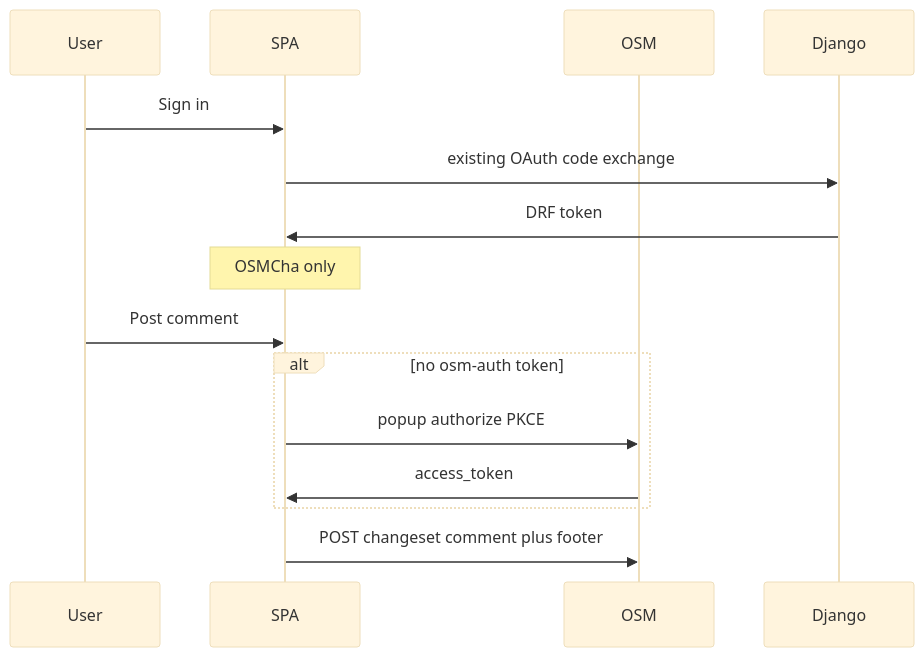
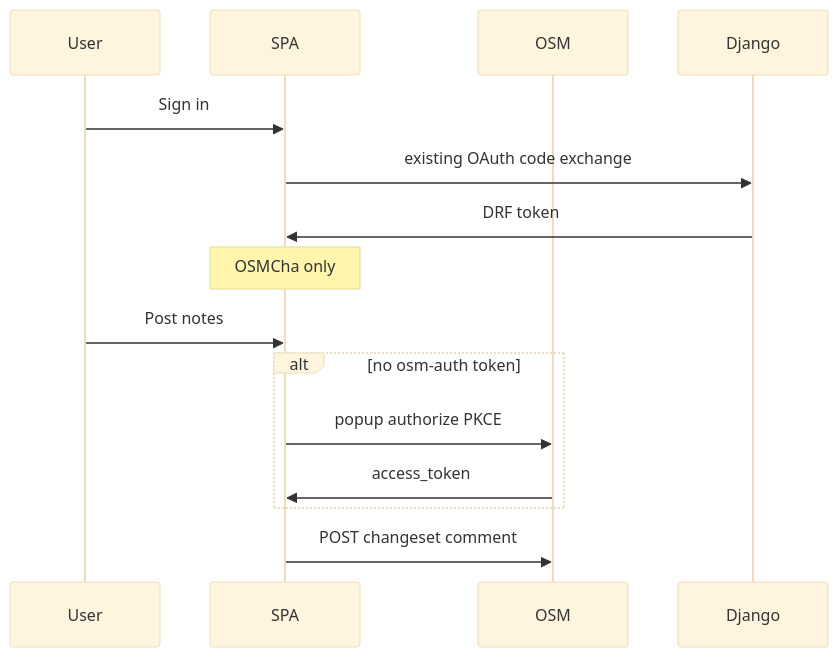
The third of 3 diagrams in docs/plans/changeset-note-schema.md (tordans/osmcha2), drawn with Mermaid (base theme) before and after one commit. The commit also changed other lines of this file, not shown here.

First line of the commit message:
Docs: flesh out changeset notes plan with UI and sync rules

````diff
--- a/docs/plans/changeset-note-schema.md
+++ b/docs/plans/changeset-note-schema.md
@@ -244,17 +467,17 @@
 ```mermaid
 sequenceDiagram
   participant User
   participant SPA
   participant OSM
   participant Django
   User->>SPA: Sign in
   SPA->>Django: existing OAuth code exchange
   Django->>SPA: DRF token
   Note over SPA: OSMCha only
-  User->>SPA: Post comment
+  User->>SPA: Post notes
   alt no osm-auth token
     SPA->>OSM: popup authorize PKCE
     OSM->>SPA: access_token
   end
-  SPA->>OSM: POST changeset comment plus footer
+  SPA->>OSM: POST changeset comment
 ```
````
